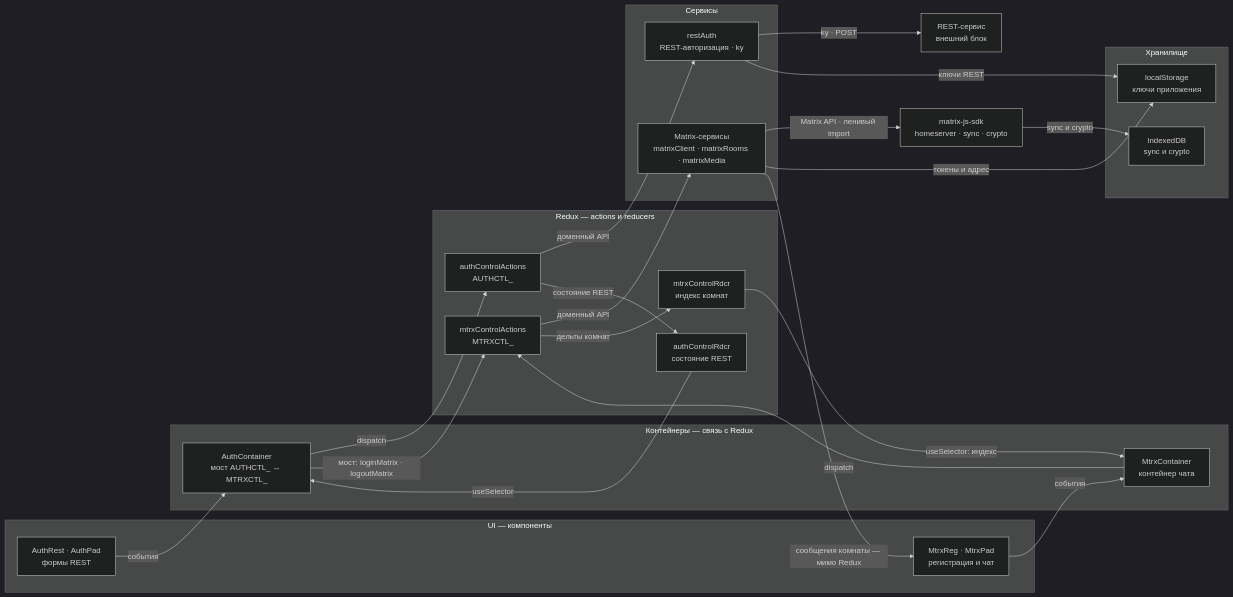
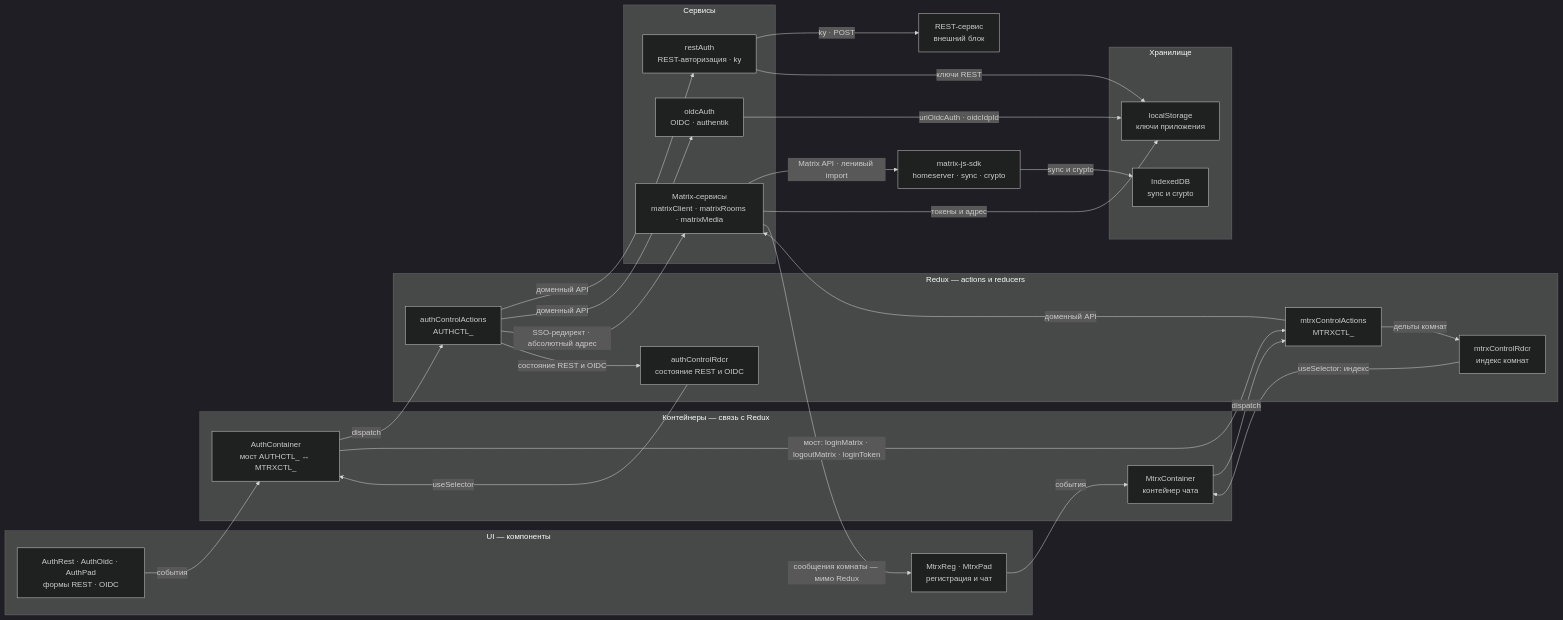
The first of 6 diagrams in docs/STATE.md (ars-anosov/matrix-react), drawn with Mermaid (dark theme) before and after one commit. The commit also changed other lines of this file and 24 other files, not shown here.

````diff
--- a/docs/STATE.md
+++ b/docs/STATE.md
@@ -15,42 +15,46 @@
 ```mermaid
 flowchart LR
   subgraph UI["UI — компоненты"]
-    ViewAuth["AuthRest · AuthPad<br/>формы REST"]
+    ViewAuth["AuthRest · AuthOidc · AuthPad<br/>формы REST · OIDC"]
     ViewMtrx["MtrxReg · MtrxPad<br/>регистрация и чат"]
   end
   subgraph CT["Контейнеры — связь с Redux"]
     Bridge["AuthContainer<br/>мост AUTHCTL_ ↔ MTRXCTL_"]
     MtrxCnt["MtrxContainer<br/>контейнер чата"]
   end
   subgraph RX["Redux — actions и reducers"]
     AuthAct["authControlActions<br/>AUTHCTL_"]
-    AuthStore["authControlRdcr<br/>состояние REST"]
+    AuthStore["authControlRdcr<br/>состояние REST и OIDC"]
     MtrxAct["mtrxControlActions<br/>MTRXCTL_"]
     MtrxStore["mtrxControlRdcr<br/>индекс комнат"]
   end
   subgraph SV["Сервисы"]
     RestSvc["restAuth<br/>REST-авторизация · ky"]
+    OidcSvc["oidcAuth<br/>OIDC · authentik"]
     MtrxSvc["Matrix-сервисы<br/>matrixClient · matrixRooms · matrixMedia"]
   end
   subgraph ST["Хранилище"]
     Ls["localStorage<br/>ключи приложения"]
     Idb["IndexedDB<br/>sync и crypto"]
   end
   ViewAuth -->|события| Bridge
   Bridge -->|dispatch| AuthAct
   AuthAct -->|доменный API| RestSvc
   RestSvc -->|ky · POST| RestRes["REST-сервис<br/>внешний блок"]
-  AuthAct -->|состояние REST| AuthStore
+  AuthAct -->|доменный API| OidcSvc
+  AuthAct -->|SSO-редирект · абсолютный адрес| MtrxSvc
+  AuthAct -->|состояние REST и OIDC| AuthStore
   AuthStore -->|useSelector| Bridge
   RestSvc -->|ключи REST| Ls
+  OidcSvc -->|uriOidcAuth · oidcIdpId| Ls
   ViewMtrx -->|события| MtrxCnt
   MtrxCnt -->|dispatch| MtrxAct
   MtrxAct -->|доменный API| MtrxSvc
   MtrxSvc -->|Matrix API · ленивый import| Sdk["matrix-js-sdk<br/>homeserver · sync · crypto"]
   MtrxAct -->|дельты комнат| MtrxStore
   MtrxStore -->|useSelector: индекс| MtrxCnt
   MtrxSvc -->|токены и адрес| Ls
   Sdk -->|sync и crypto| Idb
   MtrxSvc -->|сообщения комнаты — мимо Redux| ViewMtrx
-  Bridge -->|мост: loginMatrix · logoutMatrix| MtrxAct
+  Bridge -->|мост: loginMatrix · logoutMatrix · loginToken| MtrxAct
 ```
````
